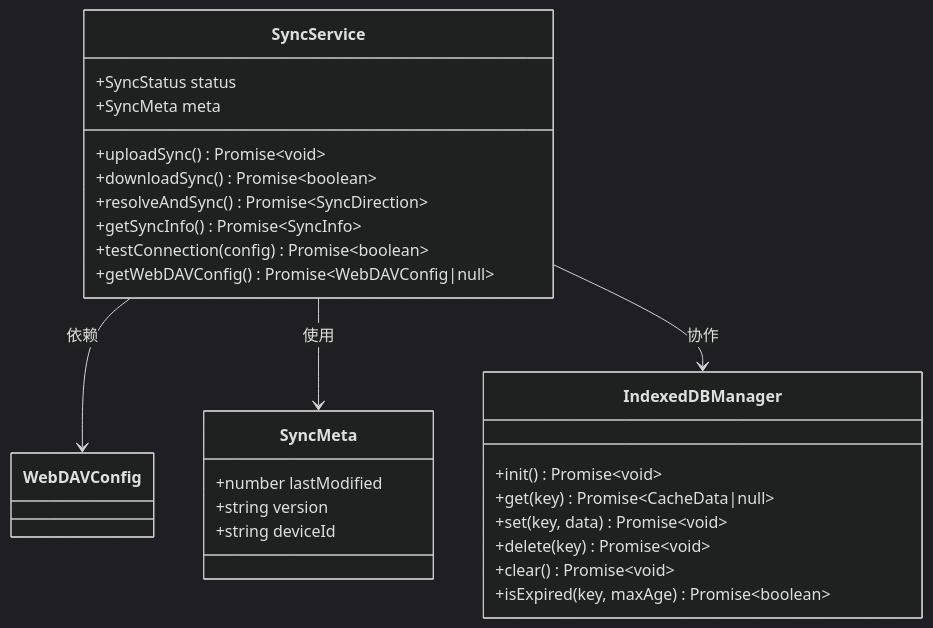
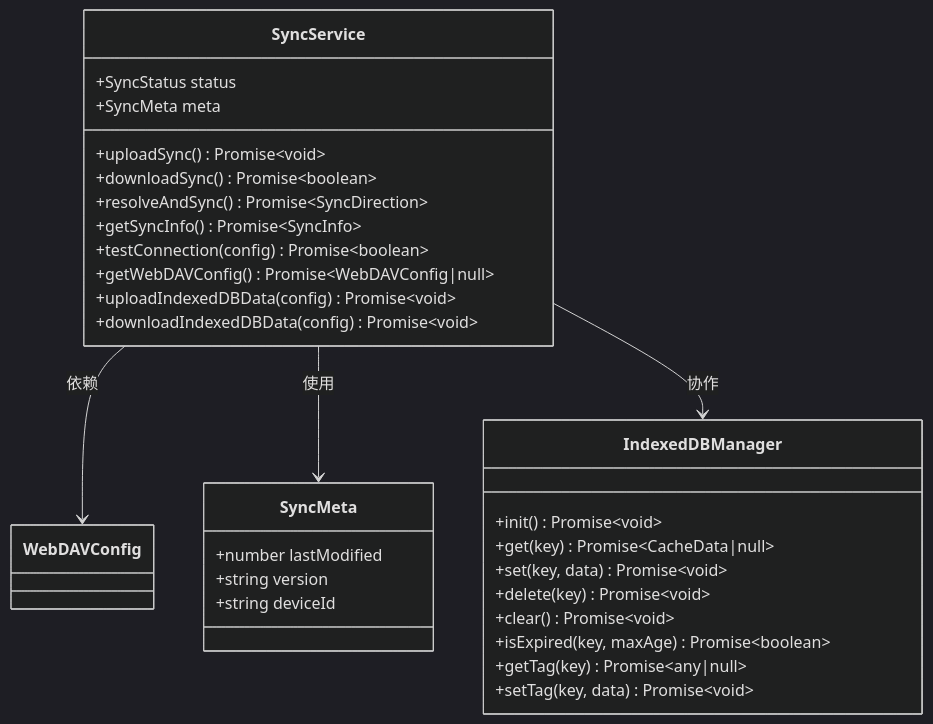
One commit to RadiumAg/bilibili-favorites changed the seventh of 14 diagrams in .qoder/repowiki/zh/content/核心功能模块/WebDAV云同步系统.md. Above: the diagram before and after it, drawn with Mermaid (dark theme). The commit also changed other lines of this file and 2 other files, not shown here.

````diff
--- a/.qoder/repowiki/zh/content/核心功能模块/WebDAV云同步系统.md
+++ b/.qoder/repowiki/zh/content/核心功能模块/WebDAV云同步系统.md
@@ -211,29 +274,33 @@
 ```mermaid
 classDiagram
 class SyncService {
 +SyncStatus status
 +SyncMeta meta
 +uploadSync() Promise~void~
 +downloadSync() Promise~boolean~
 +resolveAndSync() Promise~SyncDirection~
 +getSyncInfo() Promise~SyncInfo~
 +testConnection(config) Promise~boolean~
 +getWebDAVConfig() Promise~WebDAVConfig|null~
++uploadIndexedDBData(config) Promise~void~
++downloadIndexedDBData(config) Promise~void~
 }
 class SyncMeta {
 +number lastModified
 +string version
 +string deviceId
 }
 class IndexedDBManager {
 +init() Promise~void~
 +get(key) Promise~CacheData|null~
 +set(key, data) Promise~void~
 +delete(key) Promise~void~
 +clear() Promise~void~
 +isExpired(key, maxAge) Promise~boolean~
++getTag(key) Promise~any|null~
++setTag(key, data) Promise~void~
 }
 SyncService --> WebDAVConfig : 依赖
 SyncService --> SyncMeta : 使用
 SyncService --> IndexedDBManager : 协作
 ```
````
